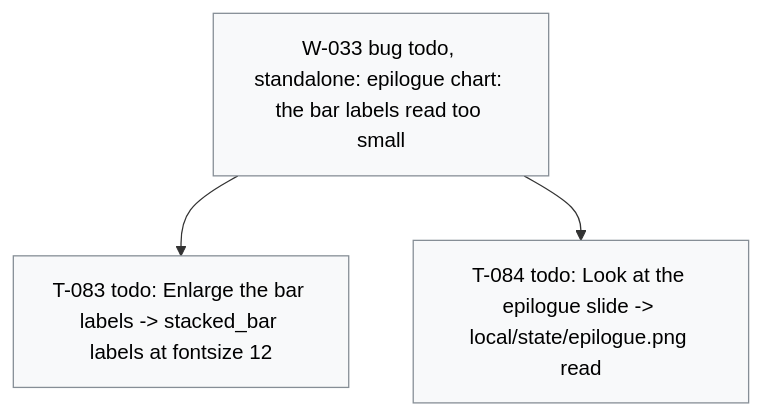
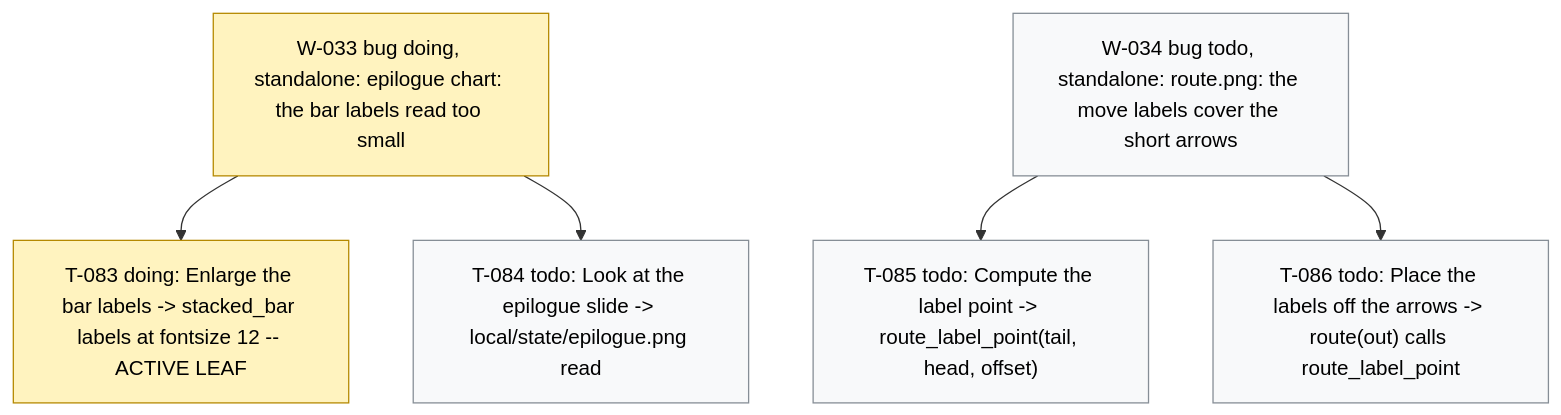
The diagram in .board/BOARD.md (dpopchev/chaos-to-simple), drawn with Mermaid before and after one commit. The commit also changed other lines of this file and 2 other files, not shown here.

Commit message:
chore(board): activate W-033, start T-083
Refs: W-033 T-083

````diff
--- a/.board/BOARD.md
+++ b/.board/BOARD.md
@@ -220,12 +221,16 @@
 ```mermaid
 flowchart TD
-  W033["W-033 bug todo, standalone: epilogue chart: the bar labels read too small"]
-  W033 --> T083["T-083 todo: Enlarge the bar labels -> stacked_bar labels at fontsize 12"]
+  W033["W-033 bug doing, standalone: epilogue chart: the bar labels read too small"]
+  W033 --> T083["T-083 doing: Enlarge the bar labels -> stacked_bar labels at fontsize 12 -- ACTIVE LEAF"]
   W033 --> T084["T-084 todo: Look at the epilogue slide -> local/state/epilogue.png read"]
+  W034["W-034 bug todo, standalone: route.png: the move labels cover the short arrows"]
+  W034 --> T085["T-085 todo: Compute the label point -> route_label_point(tail, head, offset)"]
+  W034 --> T086["T-086 todo: Place the labels off the arrows -> route(out) calls route_label_point"]
   classDef doing fill:#fff3bf,stroke:#b58900,color:#000;
   classDef blocked fill:#ffe3e3,stroke:#c92a2a,color:#000;
   classDef done fill:#e6ffed,stroke:#2b8a3e,color:#000;
   classDef todo fill:#f8f9fa,stroke:#868e96,color:#000;
   classDef pruned fill:#f1f3f5,stroke:#adb5bd,color:#000;
-  class W033,T083,T084 todo
+  class W033,T083 doing
+  class T084,W034,T085,T086 todo
 ```
````
